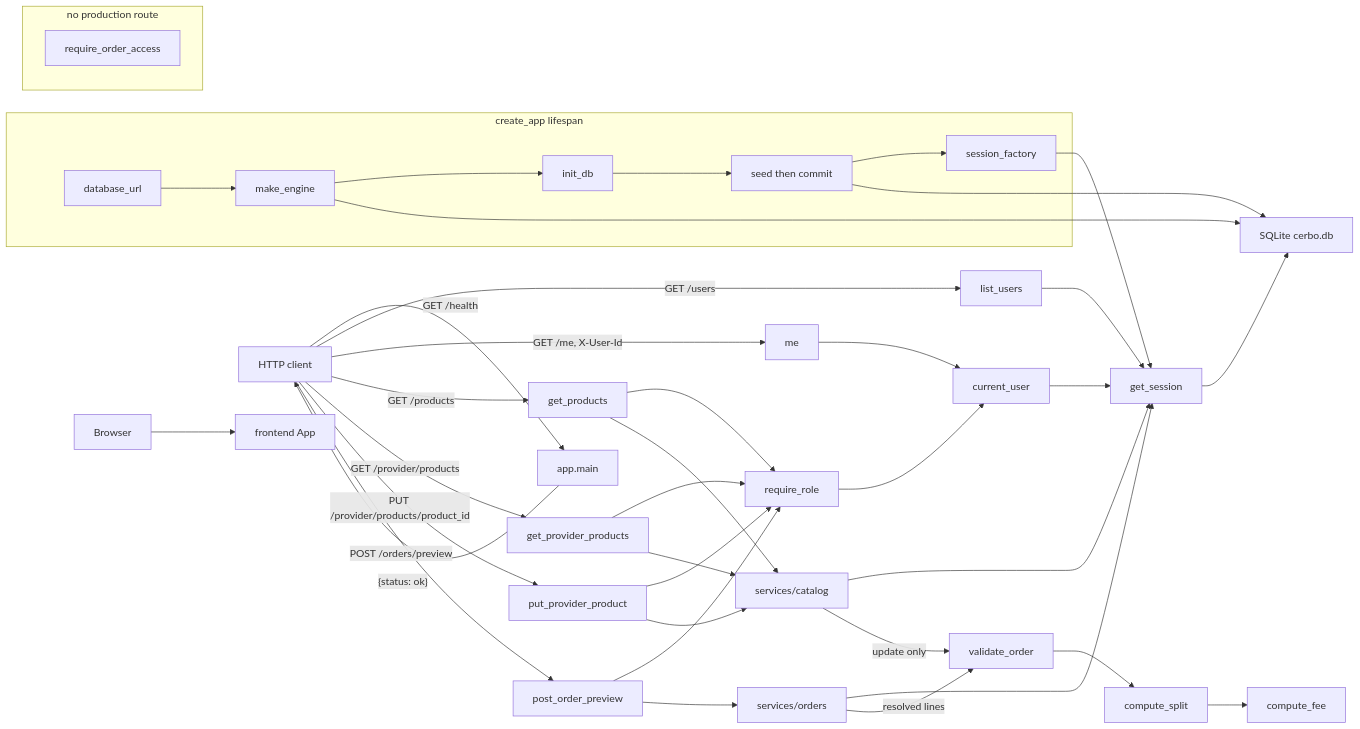
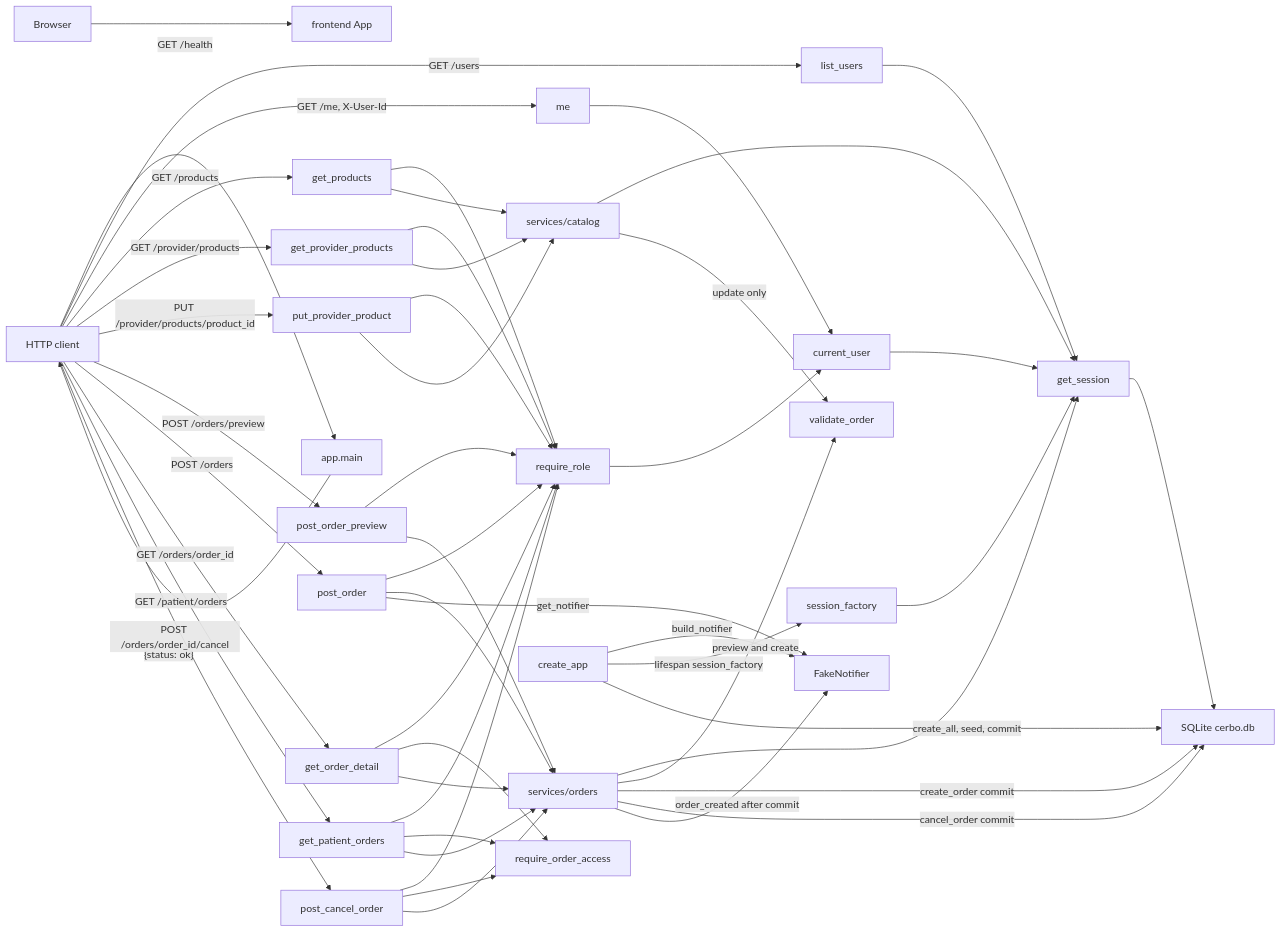
One commit to drtclem/cerbo_wk1 changed the diagram in docs/diagrams/overview.md. Above: the diagram before and after it, drawn with Mermaid. The commit also changed other lines of this file and 13 other files, not shown here.

Commit message:
T6: create, view, cancel orders

````diff
--- a/docs/diagrams/overview.md
+++ b/docs/diagrams/overview.md
@@ -7,50 +7,60 @@
 ```mermaid
 flowchart LR
   browser["Browser"] --> frontendApp["frontend App"]
 
   httpClient["HTTP client"] -->|"GET /health"| fastapiApp["app.main"]
   fastapiApp -->|"{status: ok}"| httpClient
 
   httpClient -->|"GET /users"| listUsers["list_users"]
   httpClient -->|"GET /me, X-User-Id"| meRoute["me"]
   meRoute --> currentUser["current_user"]
   listUsers --> getSession["get_session"]
   currentUser --> getSession
 
   httpClient -->|"GET /products"| getProducts["get_products"]
   httpClient -->|"GET /provider/products"| getProviderProducts["get_provider_products"]
   httpClient -->|"PUT /provider/products/product_id"| putProviderProduct["put_provider_product"]
   httpClient -->|"POST /orders/preview"| postOrderPreview["post_order_preview"]
+  httpClient -->|"POST /orders"| postOrder["post_order"]
+  httpClient -->|"GET /orders/order_id"| getOrderDetail["get_order_detail"]
+  httpClient -->|"GET /patient/orders"| getPatientOrders["get_patient_orders"]
+  httpClient -->|"POST /orders/order_id/cancel"| postCancel["post_cancel_order"]
+
   getProducts --> requireRole["require_role"]
   getProviderProducts --> requireRole
   putProviderProduct --> requireRole
   postOrderPreview --> requireRole
+  postOrder --> requireRole
+  getOrderDetail --> requireRole
+  getPatientOrders --> requireRole
+  postCancel --> requireRole
   requireRole --> currentUser
+
+  getOrderDetail --> requireOrder["require_order_access"]
+  getPatientOrders --> requireOrder
+  postCancel --> requireOrder
+
   getProducts --> catalogSvc["services/catalog"]
   getProviderProducts --> catalogSvc
   putProviderProduct --> catalogSvc
   postOrderPreview --> ordersSvc["services/orders"]
+  postOrder --> ordersSvc
+  getOrderDetail --> ordersSvc
+  getPatientOrders --> ordersSvc
+  postCancel --> ordersSvc
   catalogSvc --> getSession
   ordersSvc --> getSession
   catalogSvc -->|"update only"| validateOrder["validate_order"]
-  ordersSvc -->|"resolved lines"| validateOrder
+  ordersSvc -->|"preview and create"| validateOrder
   getSession --> sqliteFile["SQLite cerbo.db"]
+  ordersSvc -->|"create_order commit"| sqliteFile
+  ordersSvc -->|"cancel_order commit"| sqliteFile
 
-  subgraph startup ["create_app lifespan"]
-    configUrl["database_url"] --> makeEngine["make_engine"]
-    makeEngine --> initDb["init_db"]
-    initDb --> seedCommit["seed then commit"]
-    seedCommit --> sessionFactory["session_factory"]
-  end
+  postOrder -->|"get_notifier"| fakeNotifier["FakeNotifier"]
+  ordersSvc -->|"order_created after commit"| fakeNotifier
 
+  createApp["create_app"] -->|"build_notifier"| fakeNotifier
+  createApp -->|"lifespan session_factory"| sessionFactory["session_factory"]
+  createApp -->|"create_all, seed, commit"| sqliteFile
   sessionFactory --> getSession
-  makeEngine --> sqliteFile
-  seedCommit --> sqliteFile
-
-  subgraph unusedAuth ["no production route"]
-    requireOrder["require_order_access"]
-  end
-
-  validateOrder --> computeSplit["compute_split"]
-  computeSplit --> computeFee["compute_fee"]
 ```
````
